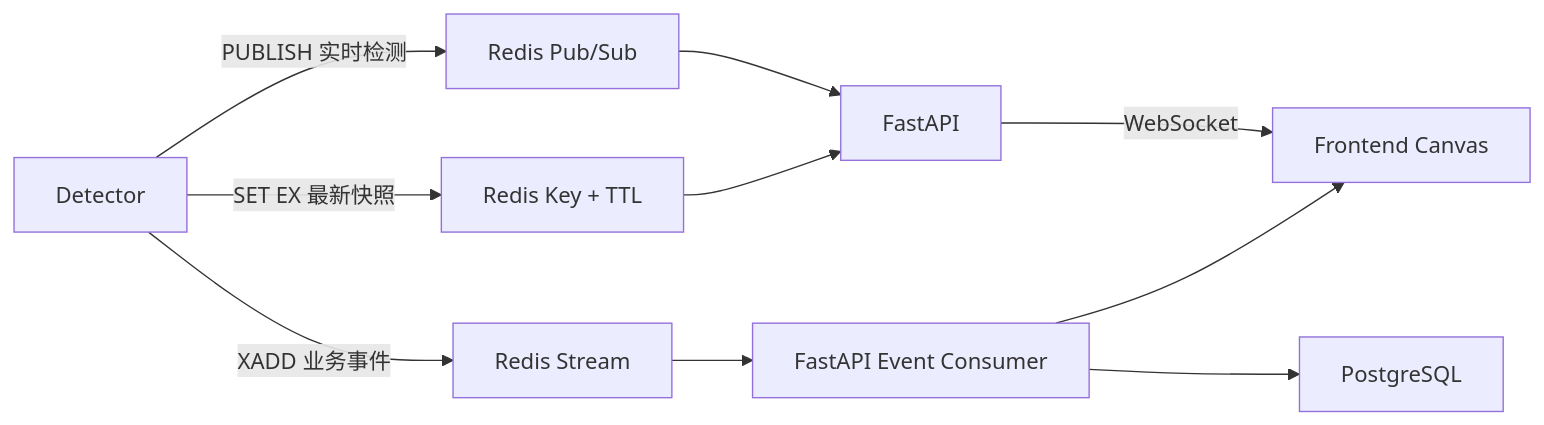
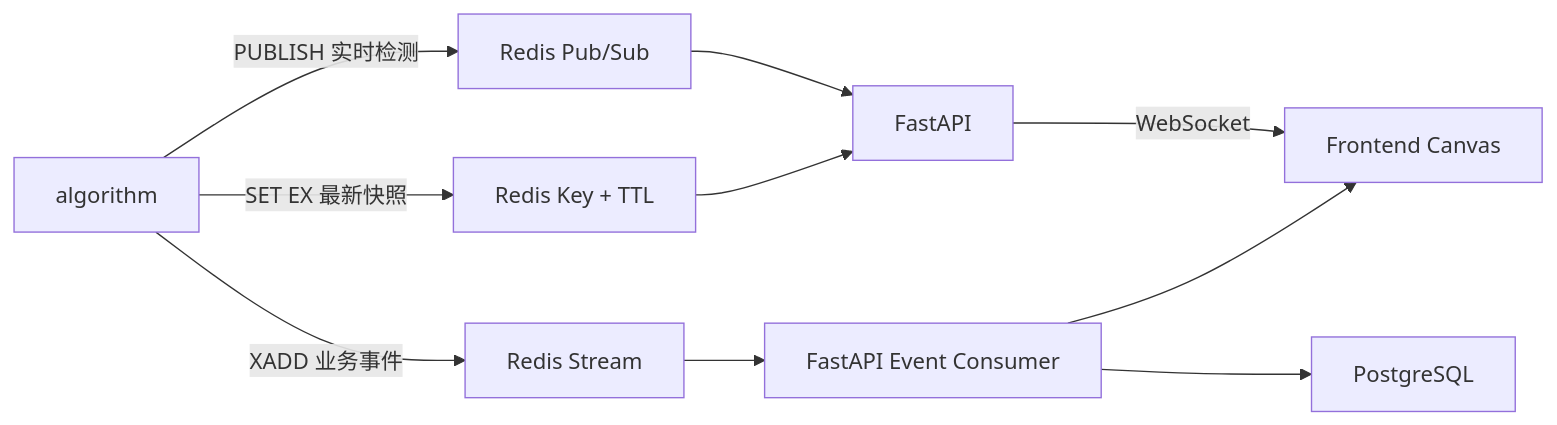
One commit to fuweihang/sop-vision changed the diagram in algorithm/关于数据流.md. Above: the diagram before and after it, drawn with Mermaid. The commit also changed other lines of this file, not shown here.

Commit message:
📝 docs(algorithm): 统一数据流文档中的组件命名为 algorithm

````diff
--- a/algorithm/关于数据流.md
+++ b/algorithm/关于数据流.md
@@ -18,14 +18,14 @@
 ```mermaid
 flowchart LR
-    DET["Detector"] -->|"PUBLISH 实时检测"| PS["Redis Pub/Sub"]
+    DET["algorithm"] -->|"PUBLISH 实时检测"| PS["Redis Pub/Sub"]
     DET -->|"SET EX 最新快照"| KV["Redis Key + TTL"]
     DET -->|"XADD 业务事件"| STREAM["Redis Stream"]
 
     PS --> API["FastAPI"]
     KV --> API
     STREAM --> CONSUMER["FastAPI Event Consumer"]
 
     API -->|"WebSocket"| WEB["Frontend Canvas"]
     CONSUMER --> PG["PostgreSQL"]
     CONSUMER --> WEB
 ```
````
